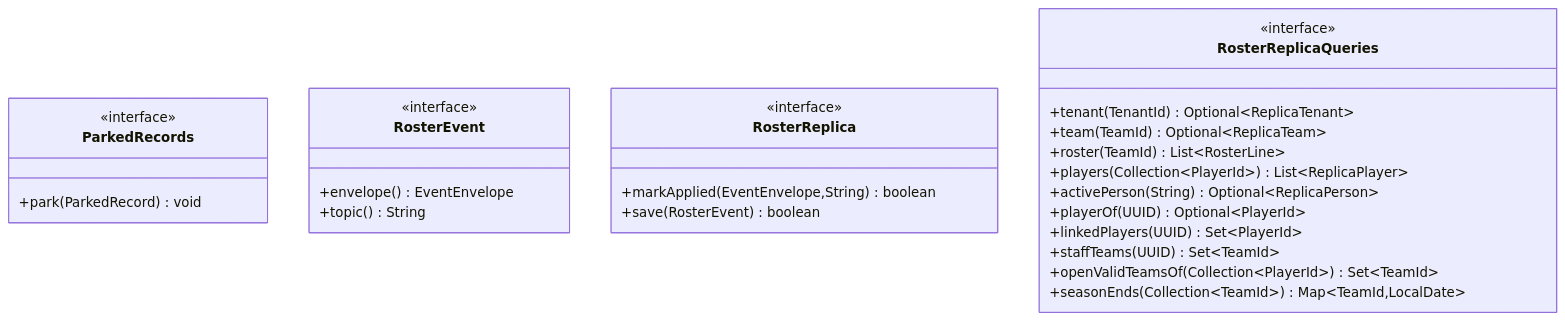
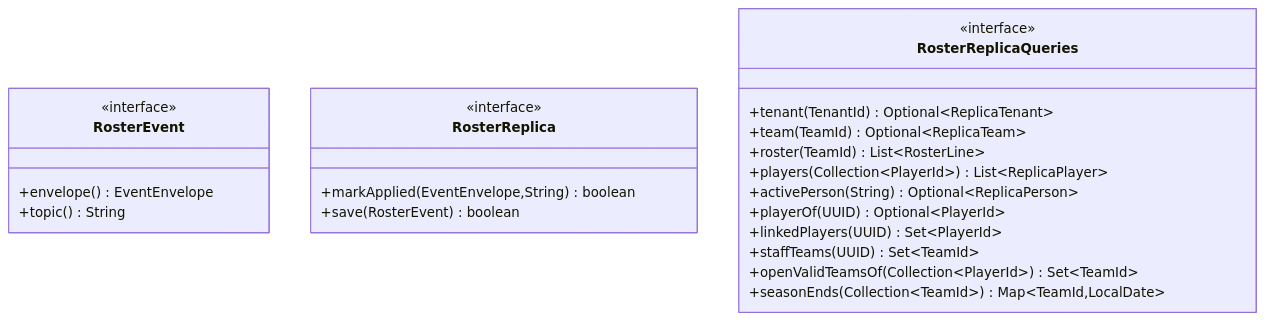
Before and after one commit to davidbejar/hoops-academy: the eighth of 9 diagrams in docs/domain/game-model.md, drawn with Mermaid. The commit also changed other lines of this file and 7 other files, not shown here.

````diff
--- a/docs/domain/game-model.md
+++ b/docs/domain/game-model.md
@@ -565,30 +564,26 @@
 ```mermaid
 classDiagram
-    class ParkedRecords {
-        <<interface>>
-        +park(ParkedRecord) void
-    }
     class RosterEvent {
         <<interface>>
         +envelope() EventEnvelope
         +topic() String
     }
     class RosterReplica {
         <<interface>>
         +markApplied(EventEnvelope,String) boolean
         +save(RosterEvent) boolean
     }
     class RosterReplicaQueries {
         <<interface>>
         +tenant(TenantId) Optional~ReplicaTenant~
         +team(TeamId) Optional~ReplicaTeam~
         +roster(TeamId) List~RosterLine~
         +players(Collection~PlayerId~) List~ReplicaPlayer~
         +activePerson(String) Optional~ReplicaPerson~
         +playerOf(UUID) Optional~PlayerId~
         +linkedPlayers(UUID) Set~PlayerId~
         +staffTeams(UUID) Set~TeamId~
         +openValidTeamsOf(Collection~PlayerId~) Set~TeamId~
         +seasonEnds(Collection~TeamId~) Map~TeamId,LocalDate~
     }
 ```
````
